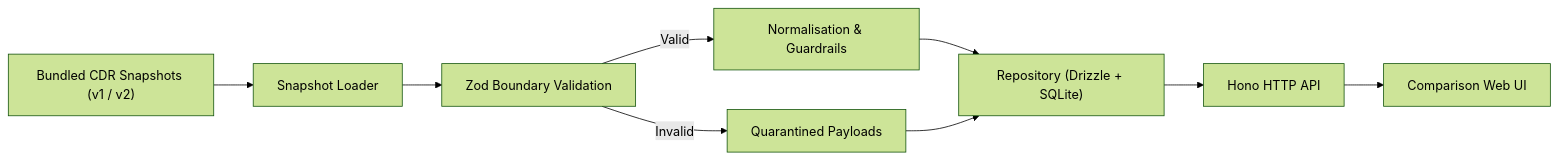
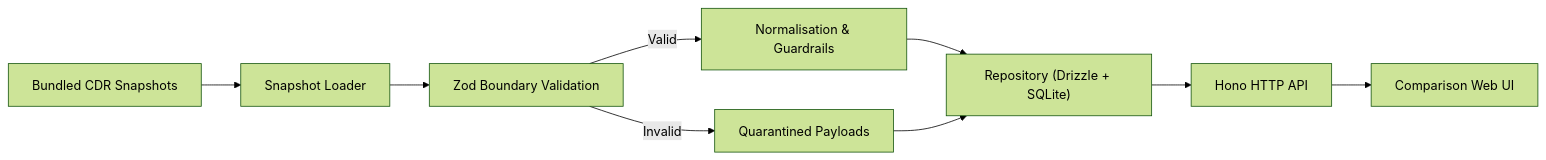
Before and after one commit to jacobwisniewski/w-interview: the diagram in evidence/design.md, drawn with Mermaid (forest theme). The commit also changed 16 other files, not shown here.

````diff
--- a/evidence/design.md
+++ b/evidence/design.md
@@ -7,11 +7,11 @@
 ```mermaid
 flowchart LR
-  Snapshots["Bundled CDR Snapshots (v1 / v2)"] --> Loader["Snapshot Loader"]
+  Snapshots["Bundled CDR Snapshots"] --> Loader["Snapshot Loader"]
   Loader --> Validation["Zod Boundary Validation"]
   Validation -->|Invalid| Quarantine["Quarantined Payloads"]
   Validation -->|Valid| Normalise["Normalisation & Guardrails"]
   Normalise --> Repo["Repository (Drizzle + SQLite)"]
   Quarantine --> Repo
   Repo --> Api["Hono HTTP API"]
   Api --> Ui["Comparison Web UI"]
 ```
````
